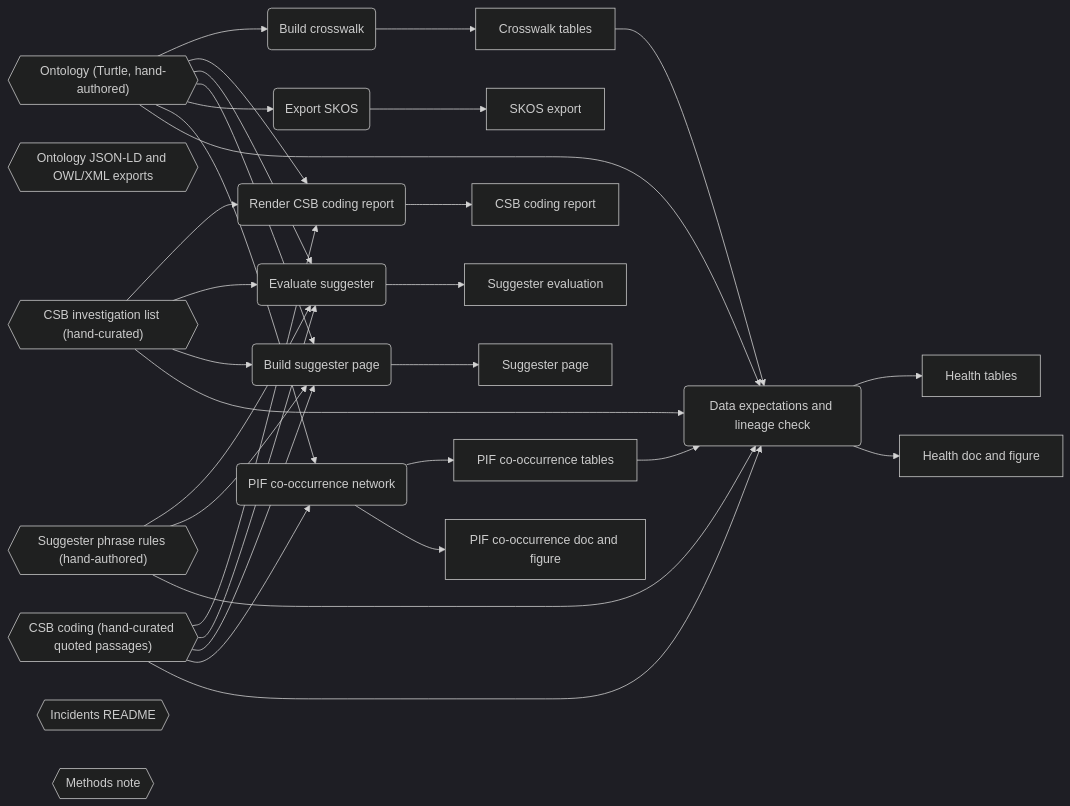
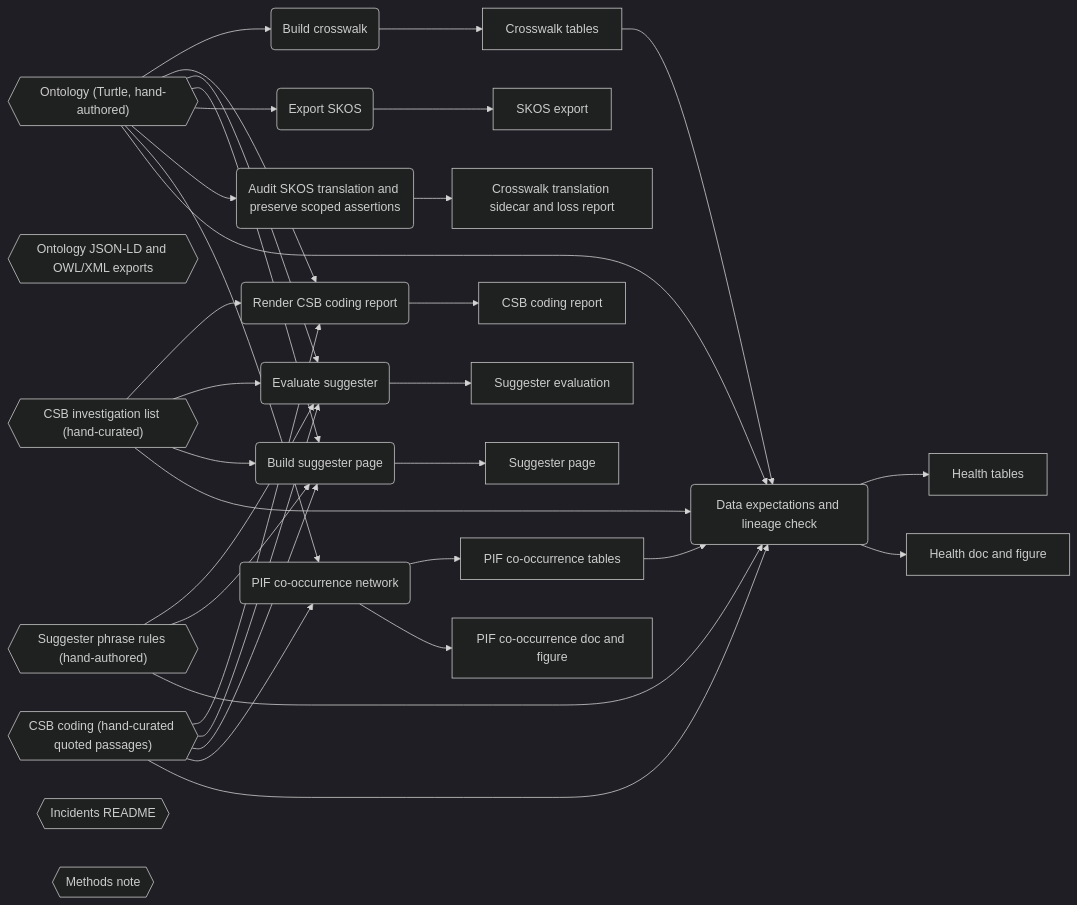
Before and after one commit to priyatham9/ehs-human-factors-ontology: the diagram in docs/health.md, drawn with Mermaid (dark theme). The commit also changed other lines of this file and 23 other files, not shown here.

Commit message:
Expose crosswalk information loss with reproducible translation audit

````diff
--- a/docs/health.md
+++ b/docs/health.md
@@ -39,56 +39,60 @@
 ```mermaid
 flowchart LR
   A_ontology{{"Ontology (Turtle, hand-authored)"}}
   A_ontology_exports{{"Ontology JSON-LD and OWL/XML exports"}}
   A_crosswalk["Crosswalk tables"]
   A_rules{{"Suggester phrase rules (hand-authored)"}}
   A_investigations{{"CSB investigation list (hand-curated)"}}
   A_coding{{"CSB coding (hand-curated quoted passages)"}}
   A_coding_md["CSB coding report"]
   A_incidents_readme{{"Incidents README"}}
   A_suggester_eval["Suggester evaluation"]
   A_suggester_page["Suggester page"]
   A_skos["SKOS export"]
+  A_translation_audit["Crosswalk translation sidecar and loss report"]
   A_cooccurrence_tables["PIF co-occurrence tables"]
   A_cooccurrence_doc["PIF co-occurrence doc and figure"]
   A_methods_note{{"Methods note"}}
   A_health_tables["Health tables"]
   A_health_doc["Health doc and figure"]
   S_crosswalk("Build crosswalk")
   S_coding_report("Render CSB coding report")
   S_suggester_eval("Evaluate suggester")
   S_suggester_page("Build suggester page")
   S_skos("Export SKOS")
+  S_translation_audit("Audit SKOS translation and preserve scoped assertions")
   S_cooccurrence("PIF co-occurrence network")
   S_health("Data expectations and lineage check")
   A_ontology --> S_crosswalk
   S_crosswalk --> A_crosswalk
   A_ontology --> S_coding_report
   A_investigations --> S_coding_report
   A_coding --> S_coding_report
   S_coding_report --> A_coding_md
   A_ontology --> S_suggester_eval
   A_rules --> S_suggester_eval
   A_investigations --> S_suggester_eval
   A_coding --> S_suggester_eval
   S_suggester_eval --> A_suggester_eval
   A_ontology --> S_suggester_page
   A_rules --> S_suggester_page
   A_investigations --> S_suggester_page
   A_coding --> S_suggester_page
   S_suggester_page --> A_suggester_page
   A_ontology --> S_skos
   S_skos --> A_skos
+  A_ontology --> S_translation_audit
+  S_translation_audit --> A_translation_audit
   A_ontology --> S_cooccurrence
   A_coding --> S_cooccurrence
   S_cooccurrence --> A_cooccurrence_tables
   S_cooccurrence --> A_cooccurrence_doc
   A_ontology --> S_health
   A_crosswalk --> S_health
   A_rules --> S_health
   A_investigations --> S_health
   A_coding --> S_health
   A_cooccurrence_tables --> S_health
   S_health --> A_health_tables
   S_health --> A_health_doc
 ```
````
